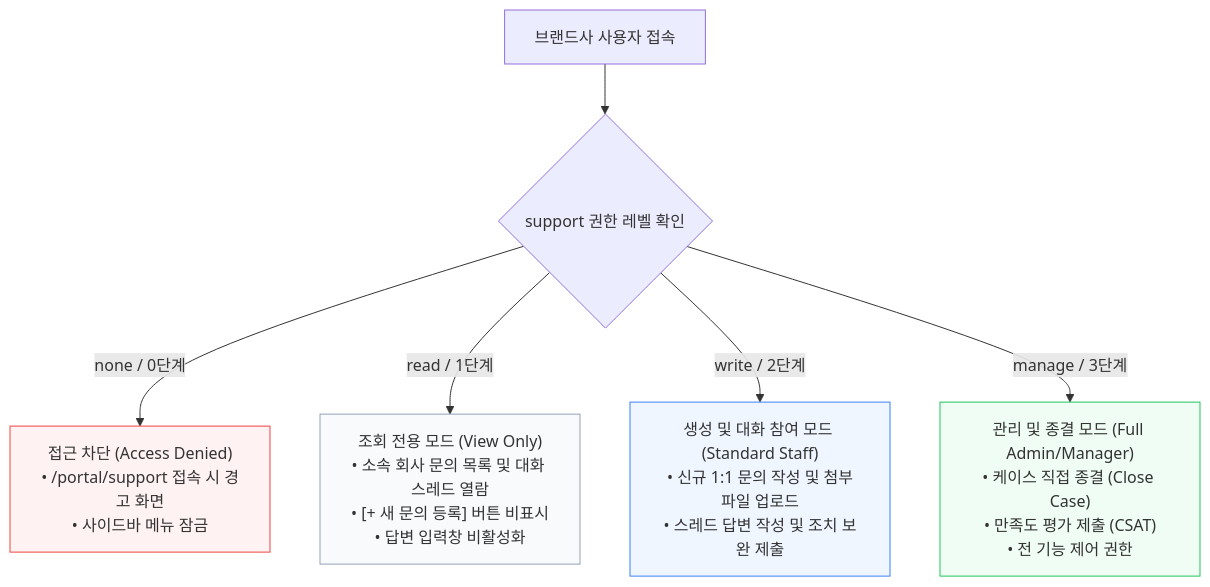
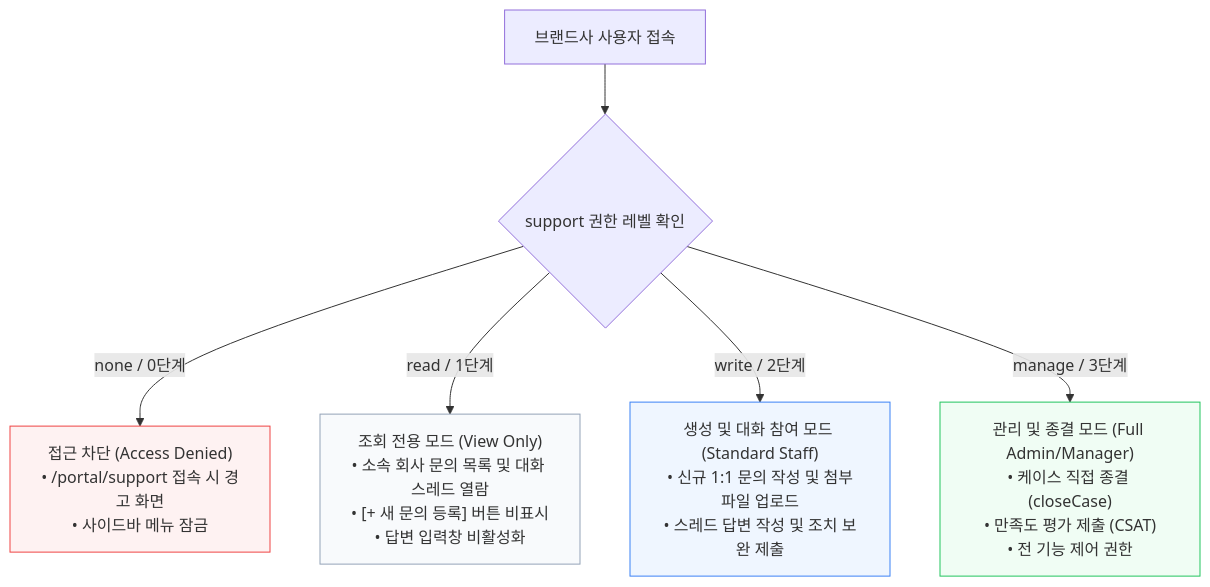
Before and after one commit to chaehahm-Kr/KBGP-Portal: the sixth of 7 diagrams in Manuals/MAN-B-TASK-001_Task-Communication/01_SOURCE/MAN-B-TASK-001_Workflow_Map.md, drawn with Mermaid. The commit also changed other lines of this file and 3 other files, not shown here.

````diff
--- a/Manuals/MAN-B-TASK-001_Task-Communication/01_SOURCE/MAN-B-TASK-001_Workflow_Map.md
+++ b/Manuals/MAN-B-TASK-001_Task-Communication/01_SOURCE/MAN-B-TASK-001_Workflow_Map.md
@@ -185,17 +185,17 @@
 ```mermaid
 flowchart TD
     User[브랜드사 사용자 접속] --> Check{support 권한 레벨 확인}
     
     Check -->|none / 0단계| P0["접근 차단 (Access Denied)<br/>• /portal/support 접속 시 경고 화면<br/>• 사이드바 메뉴 잠금"]
     
     Check -->|read / 1단계| P1["조회 전용 모드 (View Only)<br/>• 소속 회사 문의 목록 및 대화 스레드 열람<br/>• [+ 새 문의 등록] 버튼 비표시<br/>• 답변 입력창 비활성화"]
     
     Check -->|write / 2단계| P2["생성 및 대화 참여 모드 (Standard Staff)<br/>• 신규 1:1 문의 작성 및 첨부파일 업로드<br/>• 스레드 답변 작성 및 조치 보완 제출"]
     
-    Check -->|manage / 3단계| P3["관리 및 종결 모드 (Full Admin/Manager)<br/>• 케이스 직접 종결 (Close Case)<br/>• 만족도 평가 제출 (CSAT)<br/>• 전 기능 제어 권한"]
+    Check -->|manage / 3단계| P3["관리 및 종결 모드 (Full Admin/Manager)<br/>• 케이스 직접 종결 (closeCase)<br/>• 만족도 평가 제출 (CSAT)<br/>• 전 기능 제어 권한"]
 
     style P0 fill:#fef2f2,stroke:#ef4444
     style P1 fill:#f8fafc,stroke:#94a3b8
     style P2 fill:#eff6ff,stroke:#3b82f6
     style P3 fill:#f0fdf4,stroke:#22c55e
 ```
````
